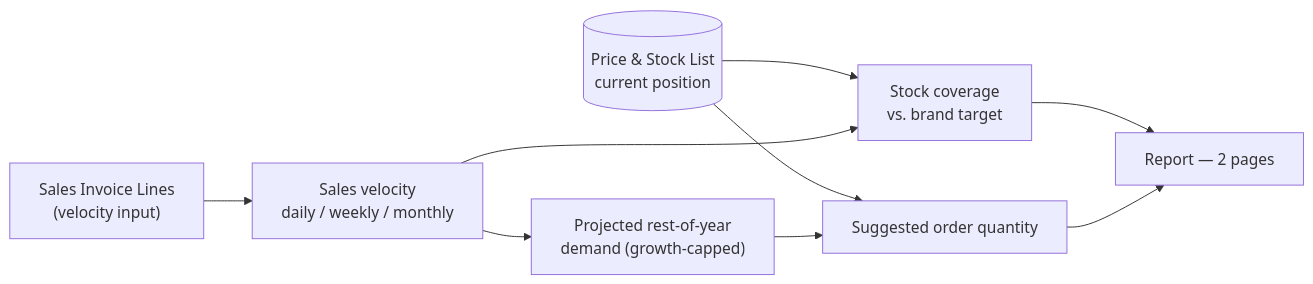
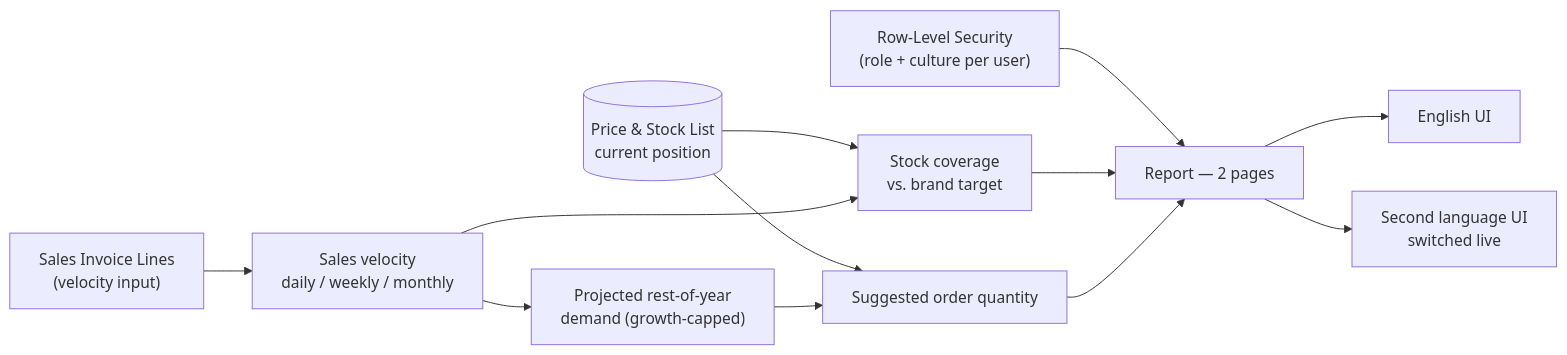
The diagram in README.md (fuadgashi/Inventory-Optimization-and-Replenishment-Analytics), drawn with Mermaid before and after one commit. The commit also changed other lines of this file and 3 other files, not shown here.

Commit message:
Document Security/Labels/Dynamic Labels title architecture

````diff
--- a/README.md
+++ b/README.md
@@ -43,11 +43,14 @@
 ```mermaid
 flowchart LR
     Sales["Sales Invoice Lines\n(velocity input)"] --> Vel["Sales velocity\ndaily / weekly / monthly"]
     Stock[("Price & Stock List\ncurrent position")] --> Cov["Stock coverage\nvs. brand target"]
     Vel --> Cov
     Vel --> Proj["Projected rest-of-year\ndemand (growth-capped)"]
     Stock --> Signal["Suggested order quantity"]
+    RLS["Row-Level Security\n(role + culture per user)"] --> RPT[Report — 2 pages]
     Proj --> Signal
-    Cov --> RPT[Report — 2 pages]
+    Cov --> RPT
     Signal --> RPT
+    RPT --> EN[English UI]
+    RPT --> Alt[Second language UI\nswitched live]
 ```
````
